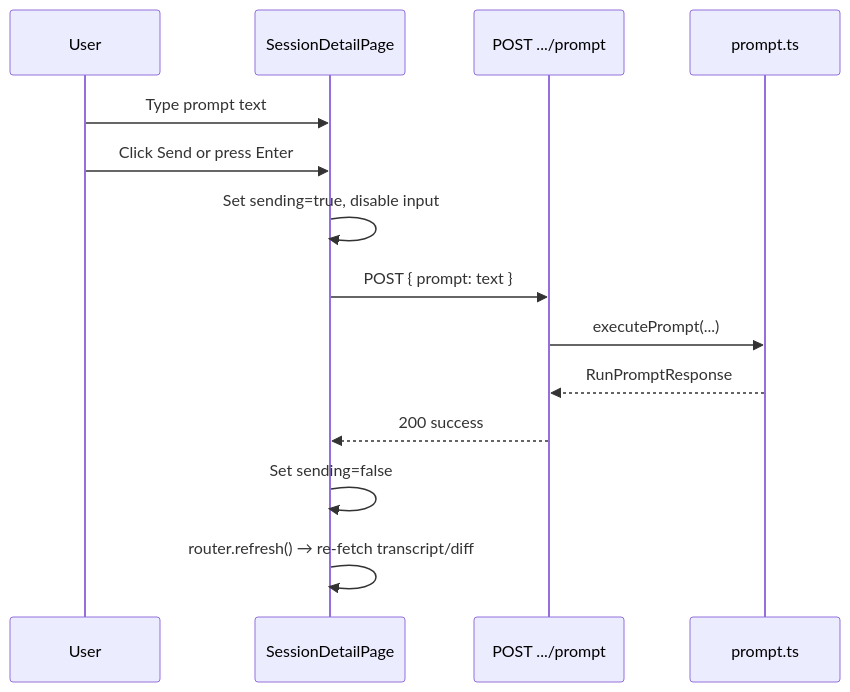
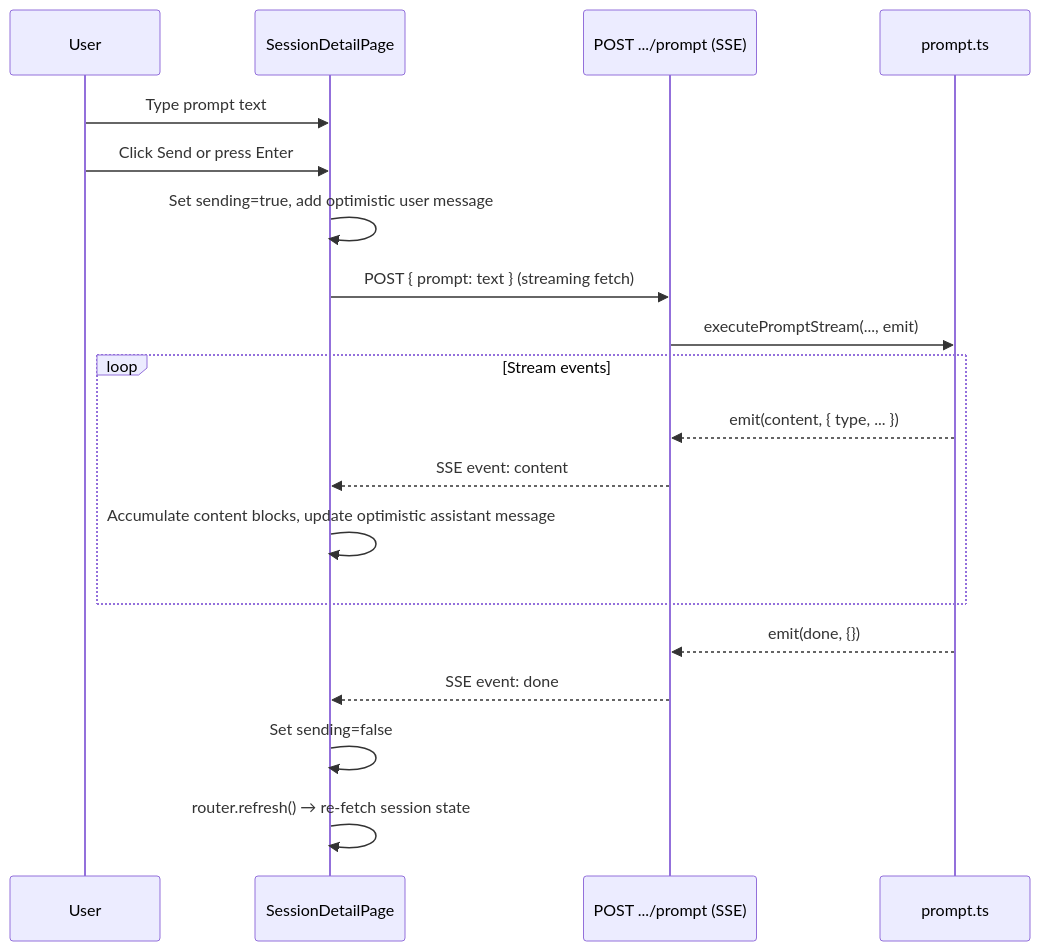
The fourth of 6 diagrams in .kiro/specs/dashboard-ui/design.md (amhuppert/remote-ai-manager), drawn with Mermaid before and after one commit. The commit also changed other lines of this file and 33 other files, not shown here.

````diff
--- a/.kiro/specs/dashboard-ui/design.md
+++ b/.kiro/specs/dashboard-ui/design.md
@@ -202,17 +204,22 @@
 ```mermaid
 sequenceDiagram
     participant User
     participant Detail as SessionDetailPage
-    participant API as POST .../prompt
+    participant API as POST .../prompt (SSE)
     participant Prompt as prompt.ts
 
     User->>Detail: Type prompt text
     User->>Detail: Click Send or press Enter
-    Detail->>Detail: Set sending=true, disable input
-    Detail->>API: POST { prompt: text }
-    API->>Prompt: executePrompt(...)
-    Prompt-->>API: RunPromptResponse
-    API-->>Detail: 200 success
+    Detail->>Detail: Set sending=true, add optimistic user message
+    Detail->>API: POST { prompt: text } (streaming fetch)
+    API->>Prompt: executePromptStream(..., emit)
+    loop Stream events
+        Prompt-->>API: emit(content, { type, ... })
+        API-->>Detail: SSE event: content
+        Detail->>Detail: Accumulate content blocks, update optimistic assistant message
+    end
+    Prompt-->>API: emit(done, {})
+    API-->>Detail: SSE event: done
     Detail->>Detail: Set sending=false
-    Detail->>Detail: router.refresh() → re-fetch transcript/diff
+    Detail->>Detail: router.refresh() → re-fetch session state
 ```
````
